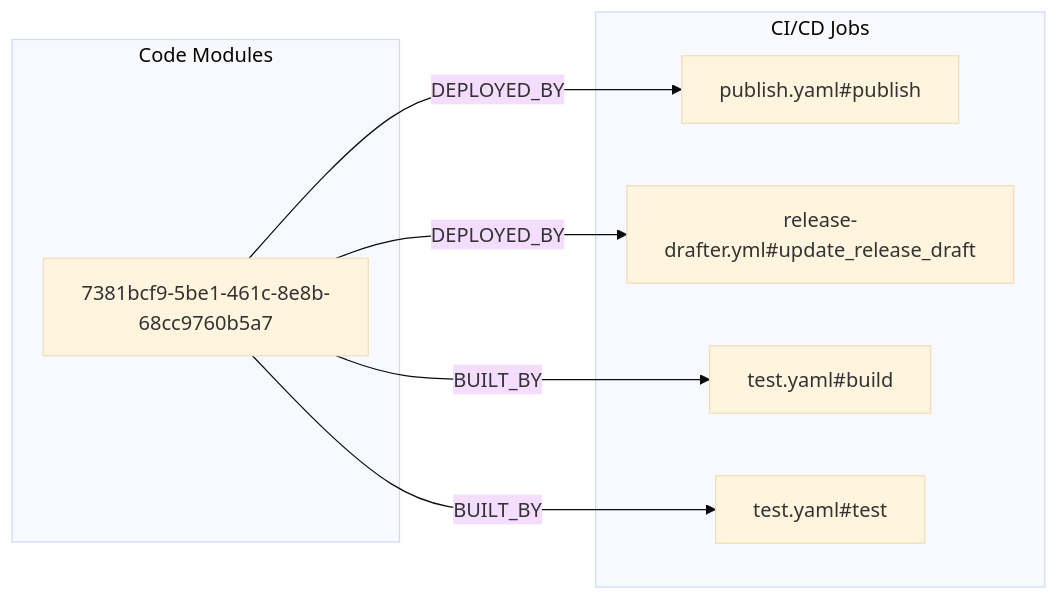
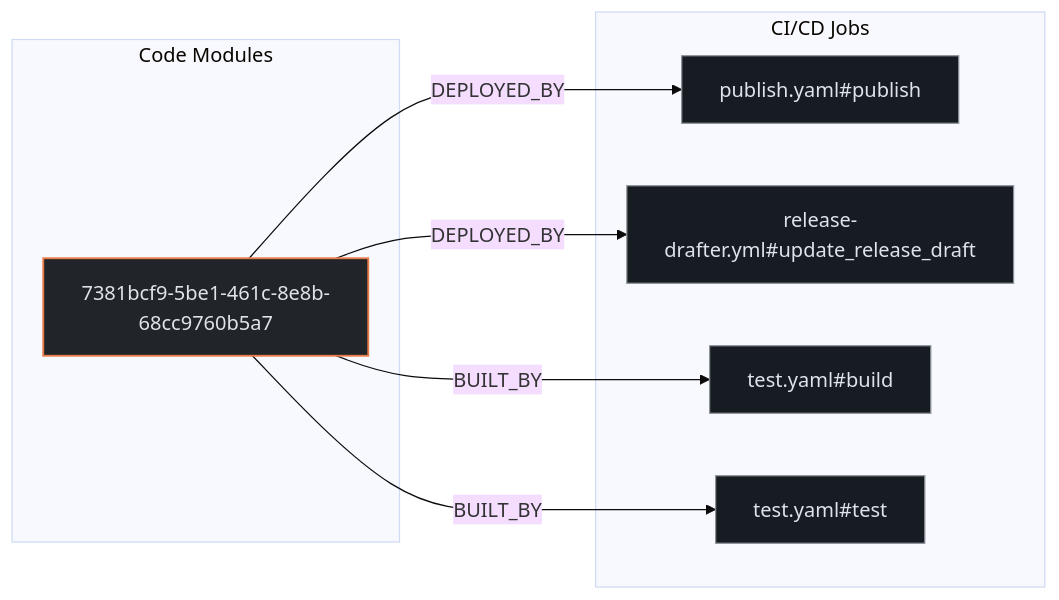
The second of 3 diagrams in exports/latest/reports/home-assistant-services.home-assistant.io-report.md (kumarshaz/atruss-code-atlas), drawn with Mermaid (base theme) before and after one commit. The commit also changed other lines of this file and 331 other files, not shown here.

Commit message:
docs,ui,fix: update SDLC docs, reorder CI/CD DAG first, stylize Mermaid, and fix Arc42 pipeline topology

````diff
--- a/exports/latest/reports/home-assistant-services.home-assistant.io-report.md
+++ b/exports/latest/reports/home-assistant-services.home-assistant.io-report.md
@@ -88,16 +95,20 @@
 ```mermaid
 flowchart LR
+    classDef atlasCategory fill:#212428,stroke:#E87A48,stroke-width:1.5px,color:#dfe3eb
+    classDef atlasWorkflow fill:#1b2026,stroke:#a3c9ff,stroke-width:1.5px,color:#dfe3eb
+    classDef atlasJob fill:#171c22,stroke:#8d9199,stroke-width:1px,color:#dfe3eb
+    classDef atlasTarget fill:#005227,stroke:#8bd99b,stroke-width:1.5px,color:#a7f6b6
     subgraph code_modules["Code Modules"]
-        mod_7381bcf9_5be1_461c_8e8b_68cc9760b5a7["7381bcf9-5be1-461c-8e8b-68cc9760b5a7"]
+        mod_7381bcf9_5be1_461c_8e8b_68cc9760b5a7["7381bcf9-5be1-461c-8e8b-68cc9760b5a7"]:::atlasCategory
     end
     subgraph ci_jobs["CI/CD Jobs"]
-        job_publish_yaml_publish["publish.yaml#publish"]
-        job_release_drafter_yml_update_release_draft["release-drafter.yml#update_release_draft"]
-        job_test_yaml_build["test.yaml#build"]
-        job_test_yaml_test["test.yaml#test"]
+        job_publish_yaml_publish["publish.yaml#publish"]:::atlasJob
+        job_release_drafter_yml_update_release_draft["release-drafter.yml#update_release_draft"]:::atlasJob
+        job_test_yaml_build["test.yaml#build"]:::atlasJob
+        job_test_yaml_test["test.yaml#test"]:::atlasJob
     end
     mod_7381bcf9_5be1_461c_8e8b_68cc9760b5a7 -->|BUILT_BY| job_test_yaml_build
     mod_7381bcf9_5be1_461c_8e8b_68cc9760b5a7 -->|BUILT_BY| job_test_yaml_test
     mod_7381bcf9_5be1_461c_8e8b_68cc9760b5a7 -->|DEPLOYED_BY| job_publish_yaml_publish
     mod_7381bcf9_5be1_461c_8e8b_68cc9760b5a7 -->|DEPLOYED_BY| job_release_drafter_yml_update_release_draft
 ```
````
